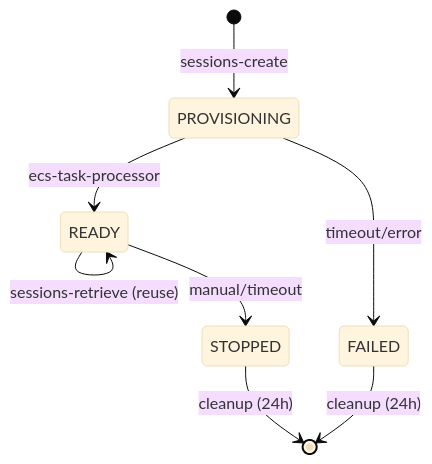
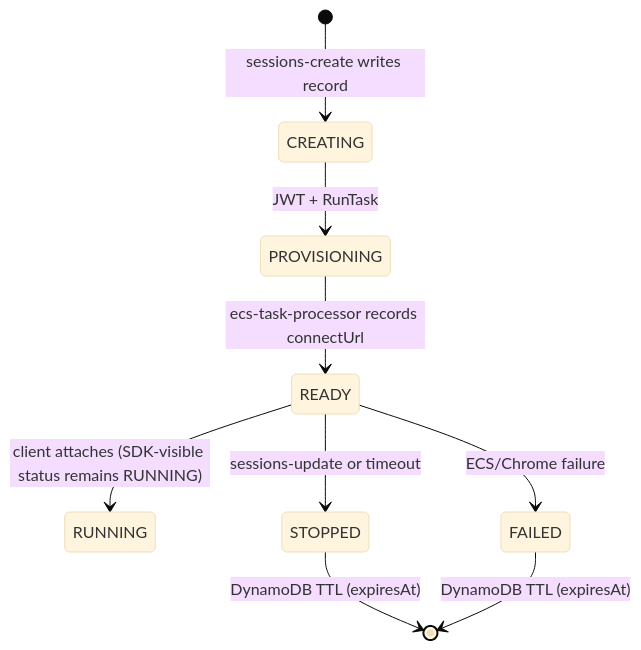
One commit to Volpestyle/wallcrawler changed the fourth of 4 diagrams in docs/api/sessions/wallcrawler-container-lifecycle.md. Above: the diagram before and after it, drawn with Mermaid (base theme). The commit also changed other lines of this file and 7 other files, not shown here.

````diff
--- a/docs/api/sessions/wallcrawler-container-lifecycle.md
+++ b/docs/api/sessions/wallcrawler-container-lifecycle.md
@@ -62,12 +84,11 @@
 ```mermaid
 stateDiagram-v2
-    [*] --> PROVISIONING: sessions-create
-    PROVISIONING --> READY: ecs-task-processor
-    PROVISIONING --> FAILED: timeout/error
-
-    READY --> READY: sessions-retrieve (reuse)
-    READY --> STOPPED: manual/timeout
-
-    FAILED --> [*]: cleanup (24h)
-    STOPPED --> [*]: cleanup (24h)
+    [*] --> CREATING: sessions-create writes record
+    CREATING --> PROVISIONING: JWT + RunTask
+    PROVISIONING --> READY: ecs-task-processor records connectUrl
+    READY --> RUNNING: client attaches (SDK-visible status remains RUNNING)
+    READY --> STOPPED: sessions-update or timeout
+    READY --> FAILED: ECS/Chrome failure
+    STOPPED --> [*]: DynamoDB TTL (expiresAt)
+    FAILED --> [*]: DynamoDB TTL (expiresAt)
 ```
````
